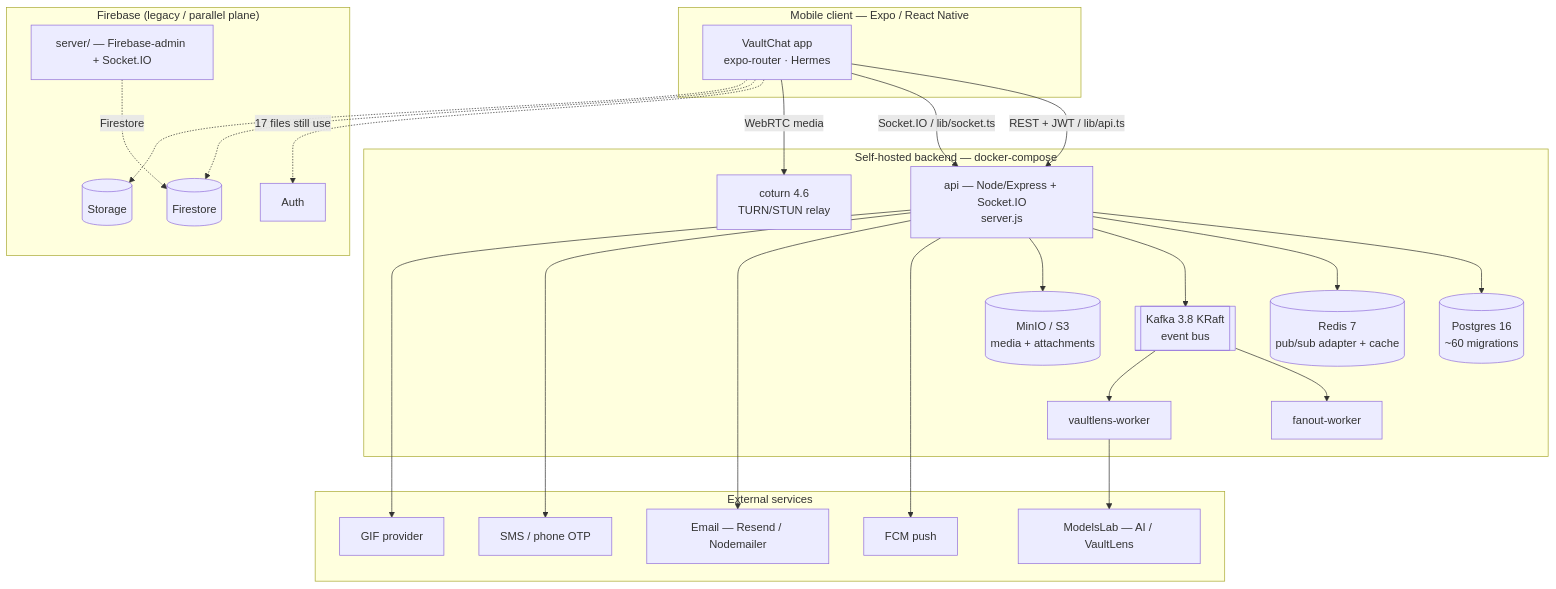
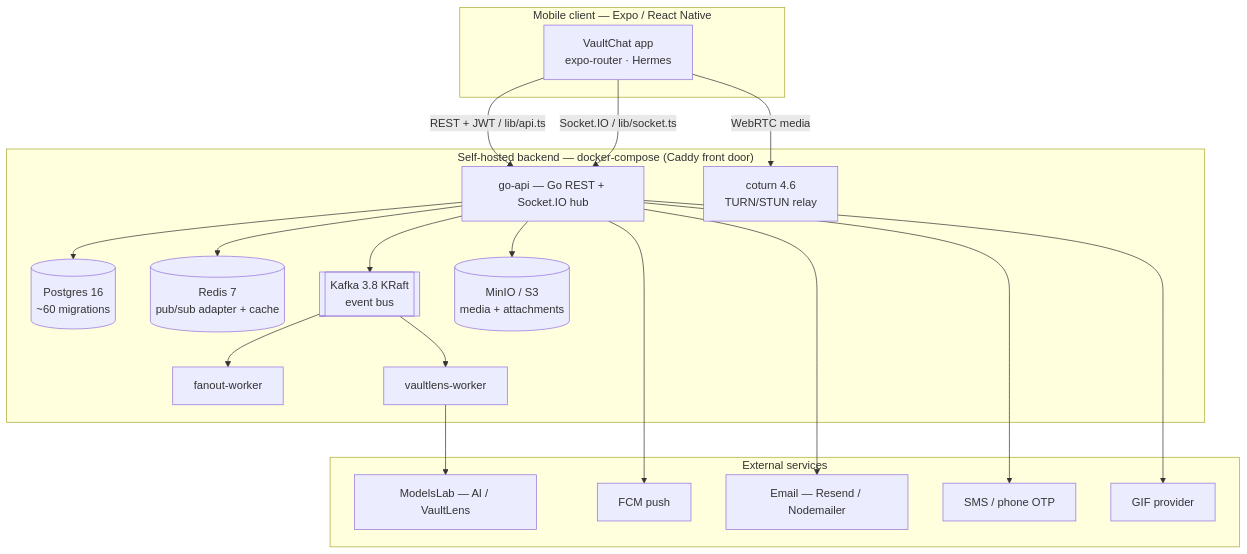
The first of 4 diagrams in ARCHITECTURE.md (srihari8204/VaultChat), drawn with Mermaid before and after one commit. The commit also changed other lines of this file and 2 other files, not shown here.

First line of the commit message:
chore(w0): retire the last Firebase consumers; reconcile ARCHITECTURE.md

````diff
--- a/ARCHITECTURE.md
+++ b/ARCHITECTURE.md
@@ -48,52 +73,40 @@
 ```mermaid
 flowchart TB
   subgraph CLIENT["Mobile client — Expo / React Native"]
     APP["VaultChat app<br/>expo-router · Hermes"]
   end
 
-  subgraph EDGE["Self-hosted backend — docker-compose"]
-    API["api — Node/Express + Socket.IO<br/>server.js"]
+  subgraph EDGE["Self-hosted backend — docker-compose (Caddy front door)"]
+    API["go-api — Go REST + Socket.IO hub"]
     PG[("Postgres 16<br/>~60 migrations")]
     REDIS[("Redis 7<br/>pub/sub adapter + cache")]
     KAFKA[["Kafka 3.8 KRaft<br/>event bus"]]
     MINIO[("MinIO / S3<br/>media + attachments")]
     COTURN["coturn 4.6<br/>TURN/STUN relay"]
     WFAN["fanout-worker"]
     WLENS["vaultlens-worker"]
-  end
-
-  subgraph FB["Firebase (legacy / parallel plane)"]
-    FAUTH["Auth"]
-    FS[("Firestore")]
-    FSTORE[("Storage")]
-    SRV["server/ — Firebase-admin + Socket.IO"]
   end
 
   subgraph EXT["External services"]
     FCM["FCM push"]
     SMTP["Email — Resend / Nodemailer"]
     SMS["SMS / phone OTP"]
     MLAB["ModelsLab — AI / VaultLens"]
     GIF["GIF provider"]
   end
 
   APP -- "REST + JWT / lib/api.ts" --> API
   APP -- "Socket.IO / lib/socket.ts" --> API
   APP -- "WebRTC media" --> COTURN
-  APP -. "17 files still use" .-> FAUTH
-  APP -.-> FS
-  APP -.-> FSTORE
-
   API --> PG
   API --> REDIS
   API --> KAFKA
   API --> MINIO
   API --> FCM
   API --> SMTP
   API --> SMS
   KAFKA --> WFAN
   KAFKA --> WLENS
   WLENS --> MLAB
   API --> GIF
-  SRV -. Firestore .-> FS
 ```
````
